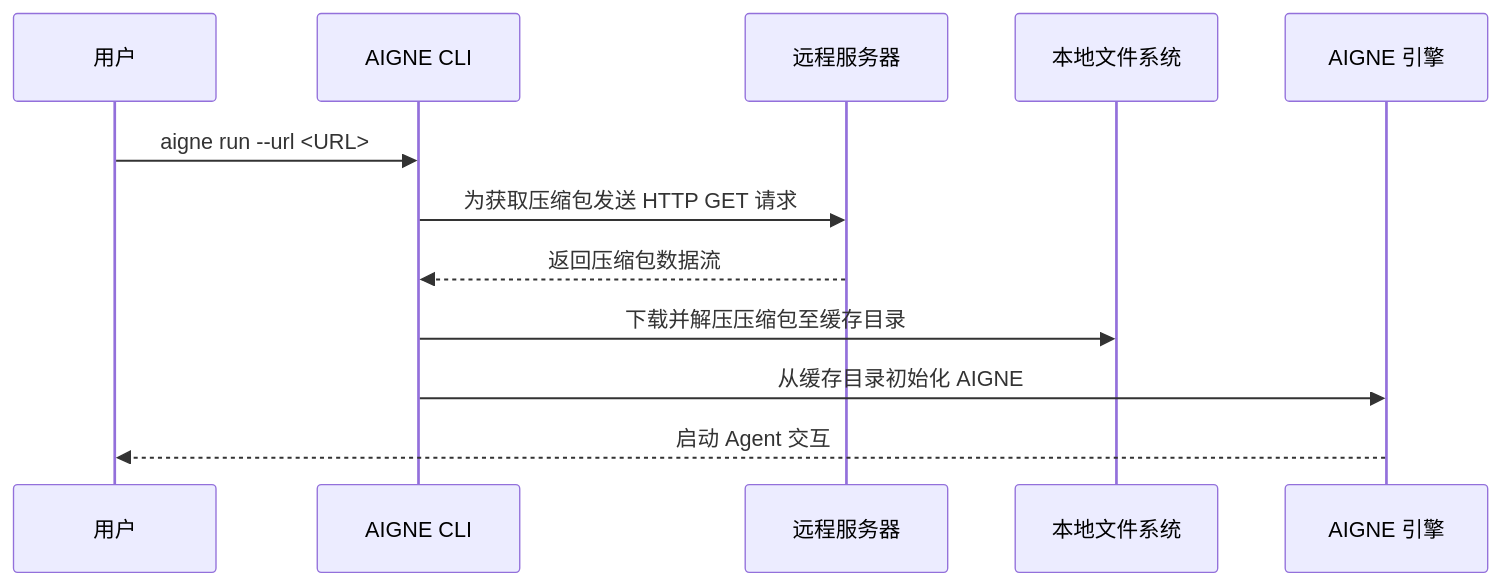
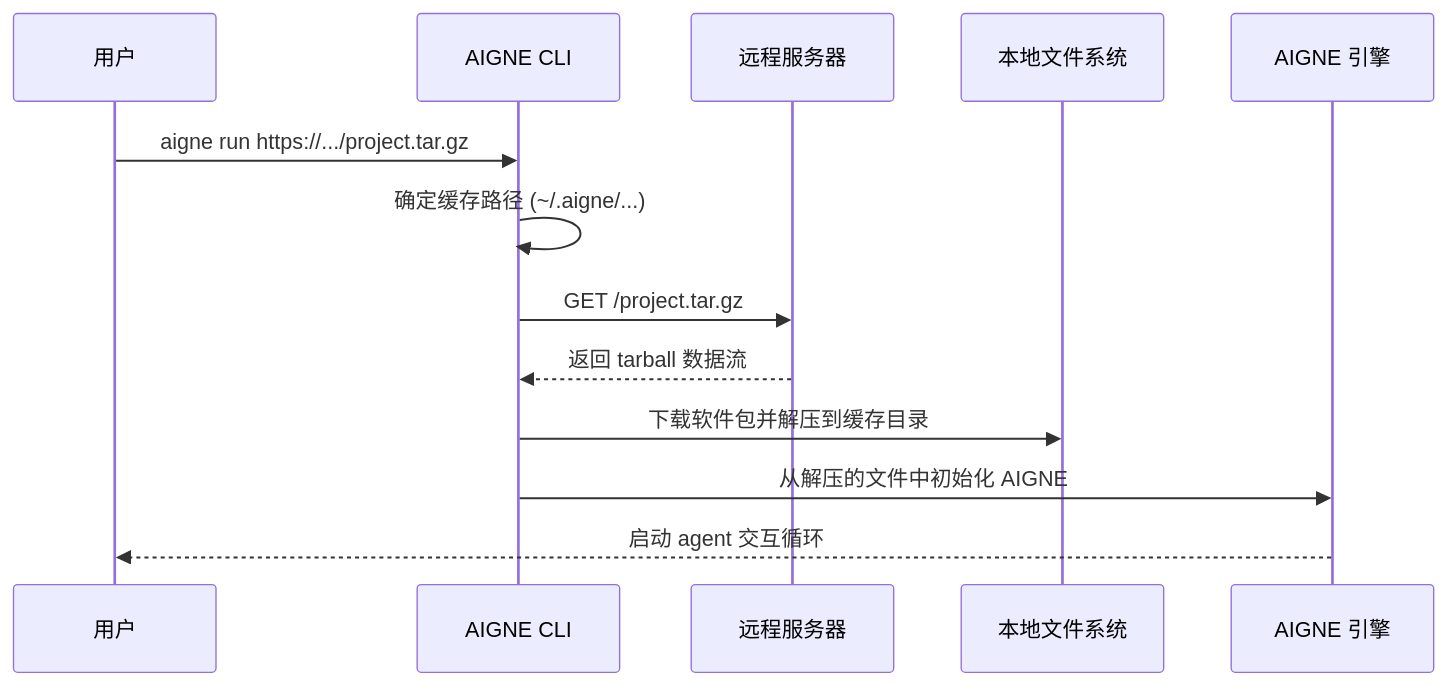
The diagram in packages/cli/docs/guides-running-remote-agents.zh.md (AIGNE-io/aigne-framework), drawn with Mermaid before and after one commit. The commit also changed other lines of this file and 39 other files, not shown here.

````diff
--- a/packages/cli/docs/guides-running-remote-agents.zh.md
+++ b/packages/cli/docs/guides-running-remote-agents.zh.md
@@ -28,15 +36,16 @@
 ```mermaid
 sequenceDiagram
     participant User as 用户
     participant AIGNE_CLI as AIGNE CLI
     participant RemoteServer as 远程服务器
     participant FileSystem as 本地文件系统
     participant AIGNE_Engine as AIGNE 引擎
 
-    User->>AIGNE_CLI: aigne run --url <URL>
-    AIGNE_CLI->>RemoteServer: 为获取压缩包发送 HTTP GET 请求
-    RemoteServer-->>AIGNE_CLI: 返回压缩包数据流
-    AIGNE_CLI->>FileSystem: 下载并解压压缩包至缓存目录
-    AIGNE_CLI->>AIGNE_Engine: 从缓存目录初始化 AIGNE
-    AIGNE_Engine-->>User: 启动 Agent 交互
+    User->>AIGNE_CLI: aigne run https://.../project.tar.gz
+    AIGNE_CLI->>AIGNE_CLI: 确定缓存路径 (~/.aigne/...)
+    AIGNE_CLI->>RemoteServer: GET /project.tar.gz
+    RemoteServer-->>AIGNE_CLI: 返回 tarball 数据流
+    AIGNE_CLI->>FileSystem: 下载软件包并解压到缓存目录
+    AIGNE_CLI->>AIGNE_Engine: 从解压的文件中初始化 AIGNE
+    AIGNE_Engine-->>User: 启动 agent 交互循环
 ```
````
